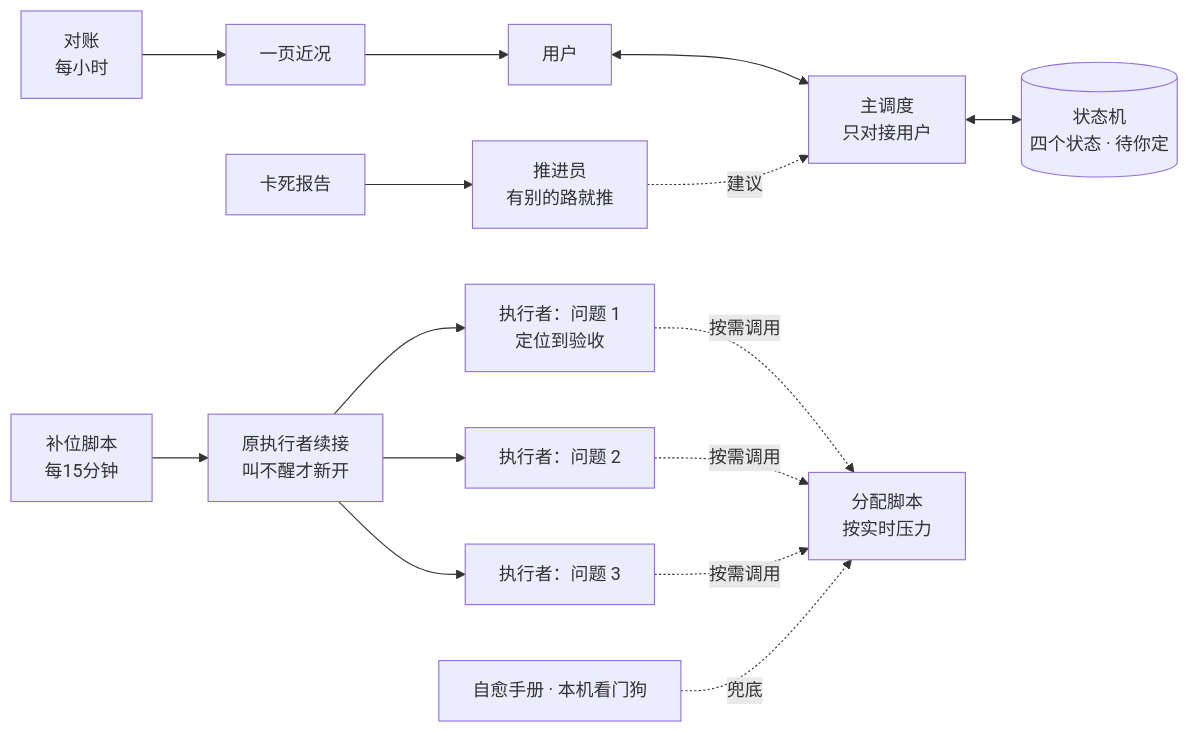
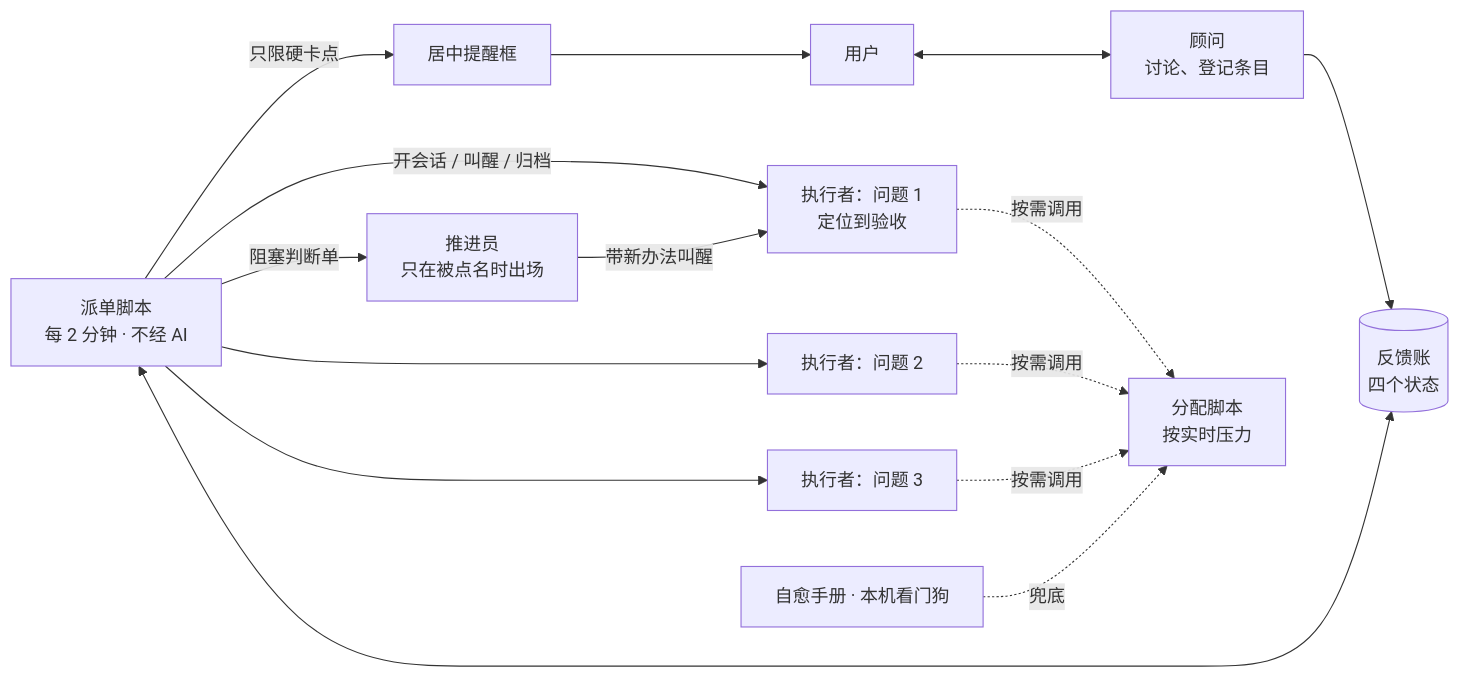
Before and after one commit to LaiHu2002/reliable-agent-dispatch: the diagram in README.md, drawn with Mermaid. The commit also changed other lines of this file, not shown here.

````diff
--- a/README.md
+++ b/README.md
@@ -11,14 +11,14 @@
 ```mermaid
 flowchart LR
-    U[用户] <--> D[主调度<br/>只对接用户]
-    D <--> Q[(状态机<br/>四个状态 · 待你定)]
-    S1[补位脚本<br/>每15分钟] --> F[原执行者续接<br/>叫不醒才新开]
-    F --> W1[执行者：问题 1<br/>定位到验收]
-    F --> W2[执行者：问题 2]
-    F --> W3[执行者：问题 3]
+    U[用户] <--> A[顾问<br/>讨论、登记条目]
+    A --> Q[(反馈账<br/>四个状态)]
+    T[派单脚本<br/>每 2 分钟 · 不经 AI] <--> Q
+    T -->|开会话 / 叫醒 / 归档| W1[执行者：问题 1<br/>定位到验收]
+    T --> W2[执行者：问题 2]
+    T --> W3[执行者：问题 3]
+    T -->|阻塞判断单| P[推进员<br/>只在被点名时出场]
+    P -->|带新办法叫醒| W1
+    T -->|只限硬卡点| B[居中提醒框] --> U
     W1 & W2 & W3 -.按需调用.-> M[分配脚本<br/>按实时压力]
-    S2[卡死报告] --> P[推进员<br/>有别的路就推]
-    P -.建议.-> D
     H[自愈手册 · 本机看门狗] -.兜底.-> M
-    R[对账<br/>每小时] --> N[一页近况] --> U
 ```
````
